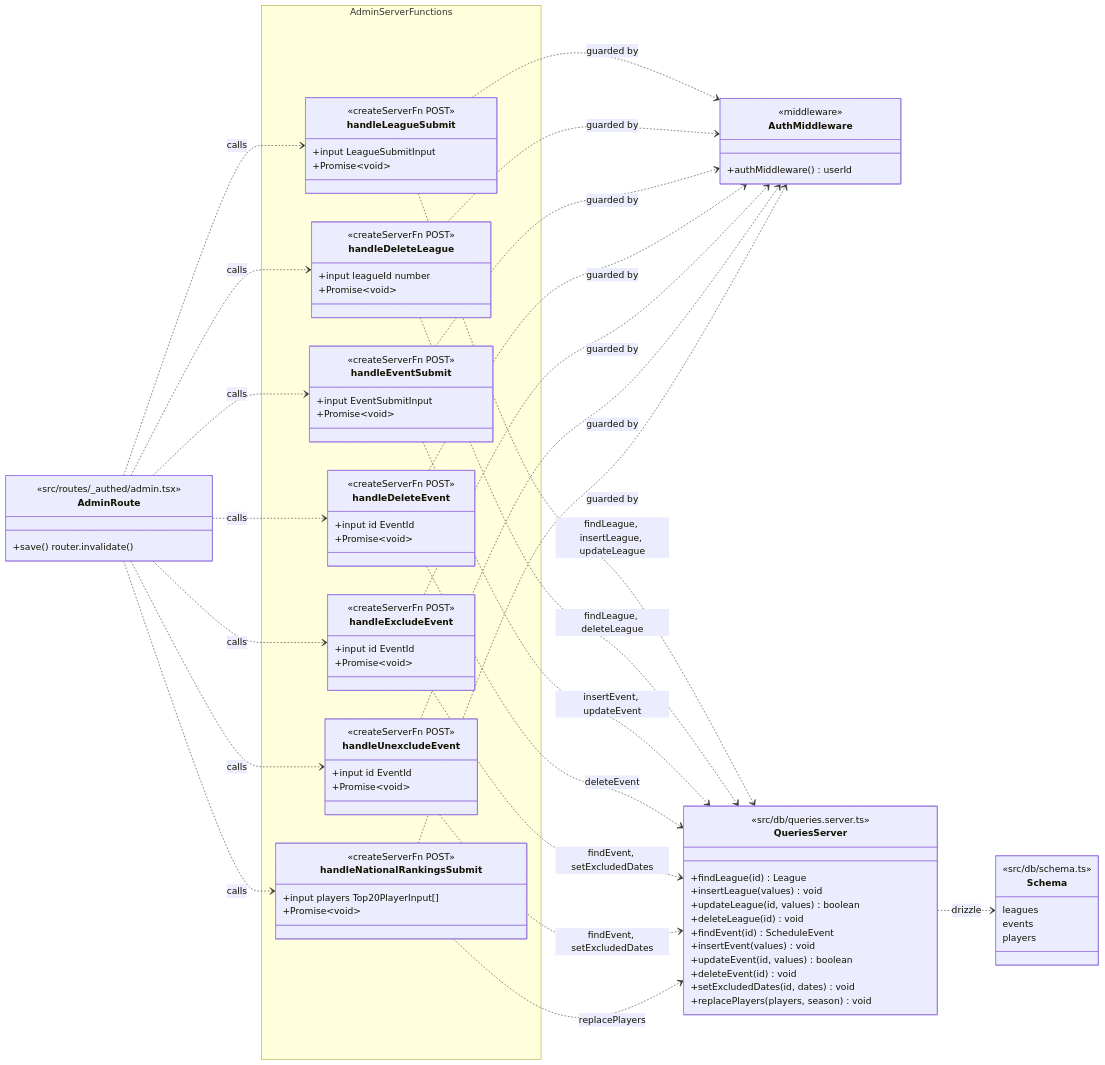
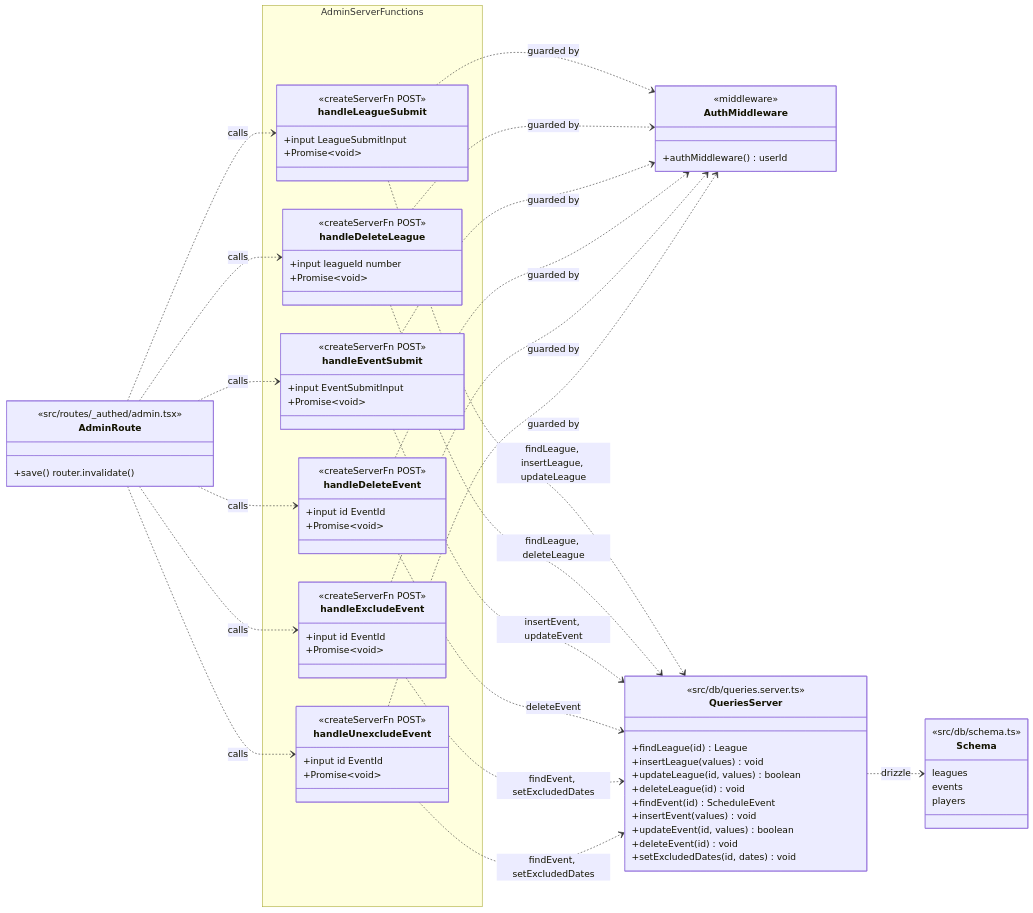
Before and after one commit to L1UK3/playsouthwales: the first of 2 diagrams in docs/server_functions.md, drawn with Mermaid. The commit also changed other lines of this file and 1 other file, not shown here.

Commit message:
docs(admin): drop the removed national rankings save path

````diff
--- a/docs/server_functions.md
+++ b/docs/server_functions.md
@@ -44,11 +44,6 @@
             +input id EventId
             +Promise~void~
         }
-        class handleNationalRankingsSubmit {
-            <<createServerFn POST>>
-            +input players Top20PlayerInput[]
-            +Promise~void~
-        }
     }
 
     class AuthMiddleware {
@@ -67,7 +62,6 @@
         +updateEvent(id, values) boolean
         +deleteEvent(id) void
         +setExcludedDates(id, dates) void
-        +replacePlayers(players, season) void
     }
 
     class Schema {
@@ -88,7 +82,6 @@
     AdminRoute ..> handleDeleteEvent : calls
     AdminRoute ..> handleExcludeEvent : calls
     AdminRoute ..> handleUnexcludeEvent : calls
-    AdminRoute ..> handleNationalRankingsSubmit : calls
 
     handleLeagueSubmit ..> AuthMiddleware : guarded by
     handleDeleteLeague ..> AuthMiddleware : guarded by
@@ -96,7 +89,6 @@
     handleDeleteEvent ..> AuthMiddleware : guarded by
     handleExcludeEvent ..> AuthMiddleware : guarded by
     handleUnexcludeEvent ..> AuthMiddleware : guarded by
-    handleNationalRankingsSubmit ..> AuthMiddleware : guarded by
 
     handleLeagueSubmit ..> QueriesServer : findLeague, insertLeague, updateLeague
     handleDeleteLeague ..> QueriesServer : findLeague, deleteLeague
@@ -104,7 +96,6 @@
     handleDeleteEvent ..> QueriesServer : deleteEvent
     handleExcludeEvent ..> QueriesServer : findEvent, setExcludedDates
     handleUnexcludeEvent ..> QueriesServer : findEvent, setExcludedDates
-    handleNationalRankingsSubmit ..> QueriesServer : replacePlayers
 
     QueriesServer ..> Schema : drizzle
 ```
````
